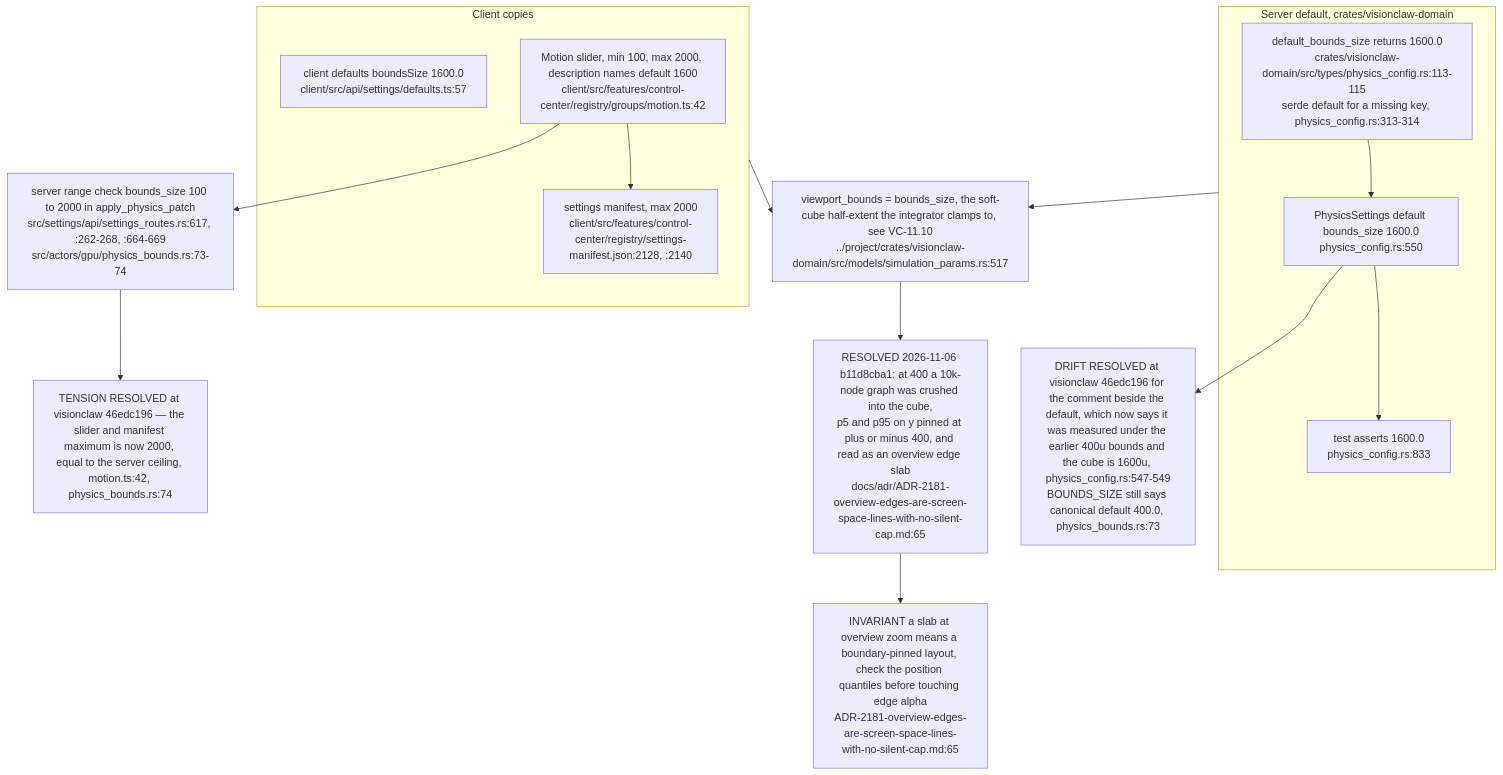
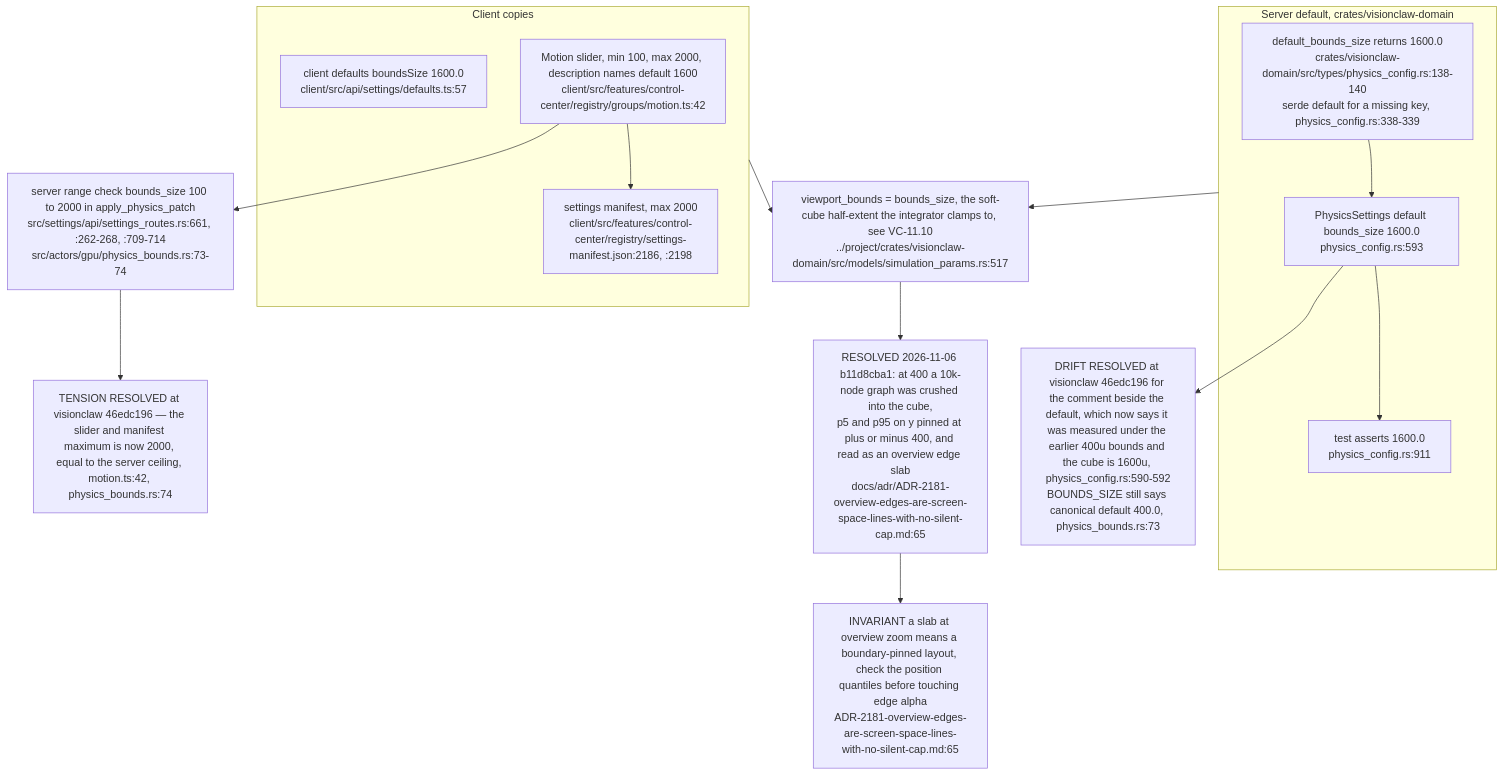
Before and after one commit to DreamLab-AI/VisionFlow: the ninth of 9 diagrams in docs/diagrams/visionclaw/11-physics-step-and-force-channels.md, drawn with Mermaid. The commit also changed other lines of this file and 81 other files, not shown here.

First line of the commit message:
docs(diagrams): roll VisionClaw topics to main 010e1109b (PR 37 and 38 merged); fix remaining prose citations

````diff
--- a/docs/diagrams/visionclaw/11-physics-step-and-force-channels.md
+++ b/docs/diagrams/visionclaw/11-physics-step-and-force-channels.md
@@ -364,22 +361,22 @@
 ```mermaid
 flowchart TB
     subgraph RUST["Server default, crates/visionclaw-domain"]
-        R1["default_bounds_size returns 1600.0<br/>crates/visionclaw-domain/src/types/physics_config.rs:113-115<br/>serde default for a missing key, physics_config.rs:313-314"]
-        R2["PhysicsSettings default bounds_size 1600.0<br/>physics_config.rs:550"]
-        R3["test asserts 1600.0<br/>physics_config.rs:833"]
+        R1["default_bounds_size returns 1600.0<br/>crates/visionclaw-domain/src/types/physics_config.rs:138-140<br/>serde default for a missing key, physics_config.rs:338-339"]
+        R2["PhysicsSettings default bounds_size 1600.0<br/>physics_config.rs:593"]
+        R3["test asserts 1600.0<br/>physics_config.rs:911"]
         R1 --> R2 --> R3
     end
     subgraph TS["Client copies"]
         C1["client defaults boundsSize 1600.0<br/>client/src/api/settings/defaults.ts:57"]
         C2["Motion slider, min 100, max 2000, description names default 1600<br/>client/src/features/control-center/registry/groups/motion.ts:42"]
-        C3["settings manifest, max 2000<br/>client/src/features/control-center/registry/settings-manifest.json:2128, :2140"]
+        C3["settings manifest, max 2000<br/>client/src/features/control-center/registry/settings-manifest.json:2186, :2198"]
         C2 --> C3
     end
     RUST --> VB["viewport_bounds = bounds_size, the soft-cube half-extent the integrator clamps to, see VC-11.10<br/>../project/crates/visionclaw-domain/src/models/simulation_params.rs:517"]
     TS --> VB
     VB --> SLAB["RESOLVED 2026-11-06 b11d8cba1: at 400 a 10k-node graph was crushed into the cube,<br/>p5 and p95 on y pinned at plus or minus 400, and read as an overview edge slab<br/>docs/adr/ADR-2181-overview-edges-are-screen-space-lines-with-no-silent-cap.md:65"]
     SLAB --> INV["INVARIANT a slab at overview zoom means a boundary-pinned layout, check the position quantiles before touching edge alpha<br/>ADR-2181-overview-edges-are-screen-space-lines-with-no-silent-cap.md:65"]
-    C2 --> VAL["server range check bounds_size 100 to 2000 in apply_physics_patch<br/>src/settings/api/settings_routes.rs:617, :262-268, :664-669<br/>src/actors/gpu/physics_bounds.rs:73-74"]
+    C2 --> VAL["server range check bounds_size 100 to 2000 in apply_physics_patch<br/>src/settings/api/settings_routes.rs:661, :262-268, :709-714<br/>src/actors/gpu/physics_bounds.rs:73-74"]
     VAL --> T1["TENSION RESOLVED at visionclaw 46edc196 — the slider and manifest maximum is now 2000, equal to the server ceiling, motion.ts:42, physics_bounds.rs:74"]
-    R2 --> D1["DRIFT RESOLVED at visionclaw 46edc196 for the comment beside the default, which now says it was measured under the earlier 400u bounds and the cube is 1600u, physics_config.rs:547-549<br/>BOUNDS_SIZE still says canonical default 400.0, physics_bounds.rs:73"]
+    R2 --> D1["DRIFT RESOLVED at visionclaw 46edc196 for the comment beside the default, which now says it was measured under the earlier 400u bounds and the cube is 1600u, physics_config.rs:590-592<br/>BOUNDS_SIZE still says canonical default 400.0, physics_bounds.rs:73"]
 ```
````
